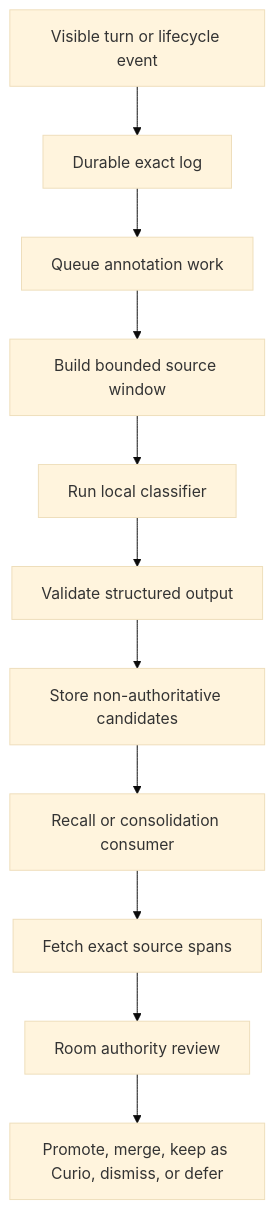
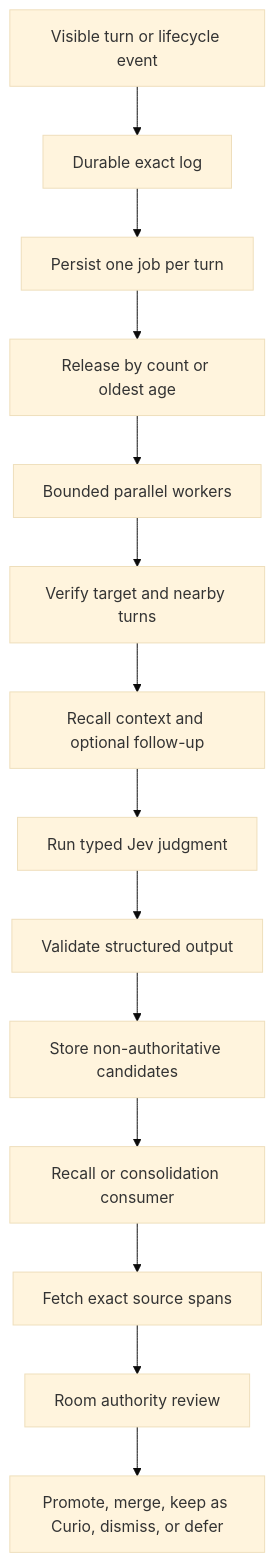
Before and after one commit to solarisael/the-athanor: the diagram in docs/HIPPOCAMPUS.md, drawn with Mermaid (base theme). The commit also changed other lines of this file and 209 other files, not shown here.

First line of the commit message:
Ship contextual GIGA and live Orihon on schema 43

````diff
--- a/docs/HIPPOCAMPUS.md
+++ b/docs/HIPPOCAMPUS.md
@@ -131,13 +130,16 @@
 ```mermaid
 flowchart TD
     A[Visible turn or lifecycle event] --> B[Durable exact log]
-    B --> C[Queue annotation work]
-    C --> D[Build bounded source window]
-    D --> E[Run local classifier]
-    E --> F[Validate structured output]
+    B --> C[Persist one job per turn]
+    C --> D[Release by count or oldest age]
+    D --> E[Bounded parallel workers]
+    E --> L[Verify target and nearby turns]
+    L --> M[Recall context and optional follow-up]
+    M --> N[Run typed Jev judgment]
+    N --> F[Validate structured output]
     F --> G[Store non-authoritative candidates]
     G --> H[Recall or consolidation consumer]
     H --> I[Fetch exact source spans]
     I --> J[Room authority review]
     J --> K[Promote, merge, keep as Curio, dismiss, or defer]
 ```
````
